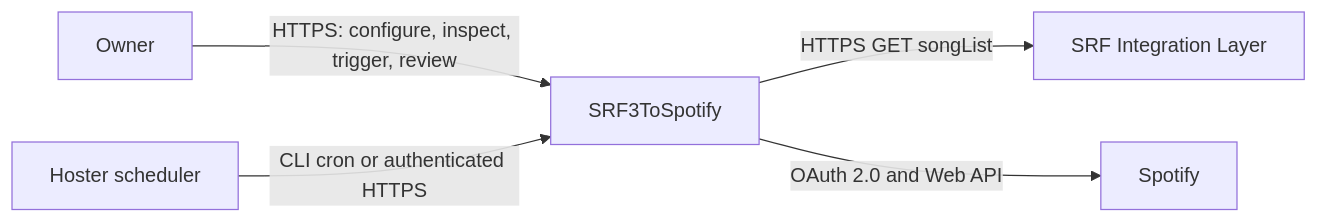
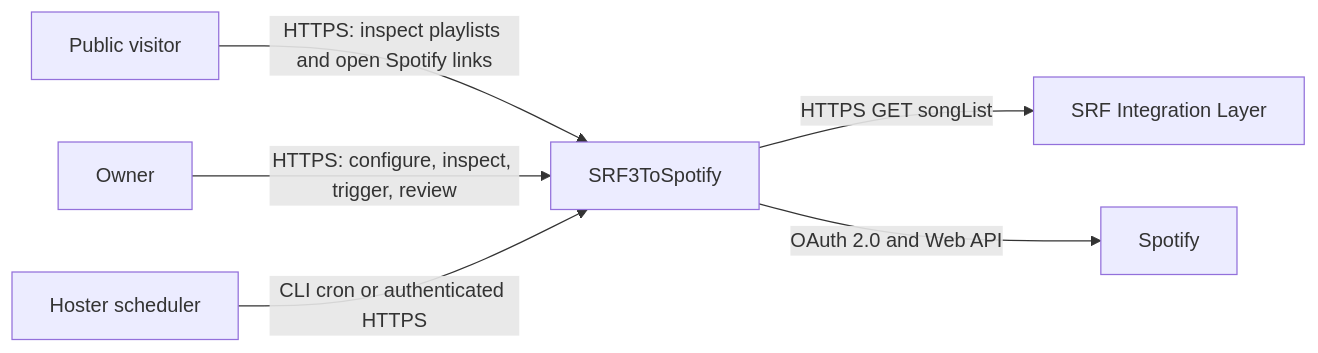
The first of 3 diagrams in _docs/architecture/02-c4-views.md (surech/srf3tospotify), drawn with Mermaid before and after one commit. The commit also changed other lines of this file and 48 other files, not shown here.

````diff
--- a/_docs/architecture/02-c4-views.md
+++ b/_docs/architecture/02-c4-views.md
@@ -5,7 +5,8 @@
 ```mermaid
 flowchart LR
+    Visitor[Public visitor] -->|HTTPS: inspect playlists and open Spotify links| App[SRF3ToSpotify]
     Owner[Owner] -->|HTTPS: configure, inspect, trigger, review| App[SRF3ToSpotify]
     Scheduler[Hoster scheduler] -->|CLI cron or authenticated HTTPS| App
     App -->|HTTPS GET songList| SRF[SRF Integration Layer]
     App -->|OAuth 2.0 and Web API| Spotify[Spotify]
 ```
````
